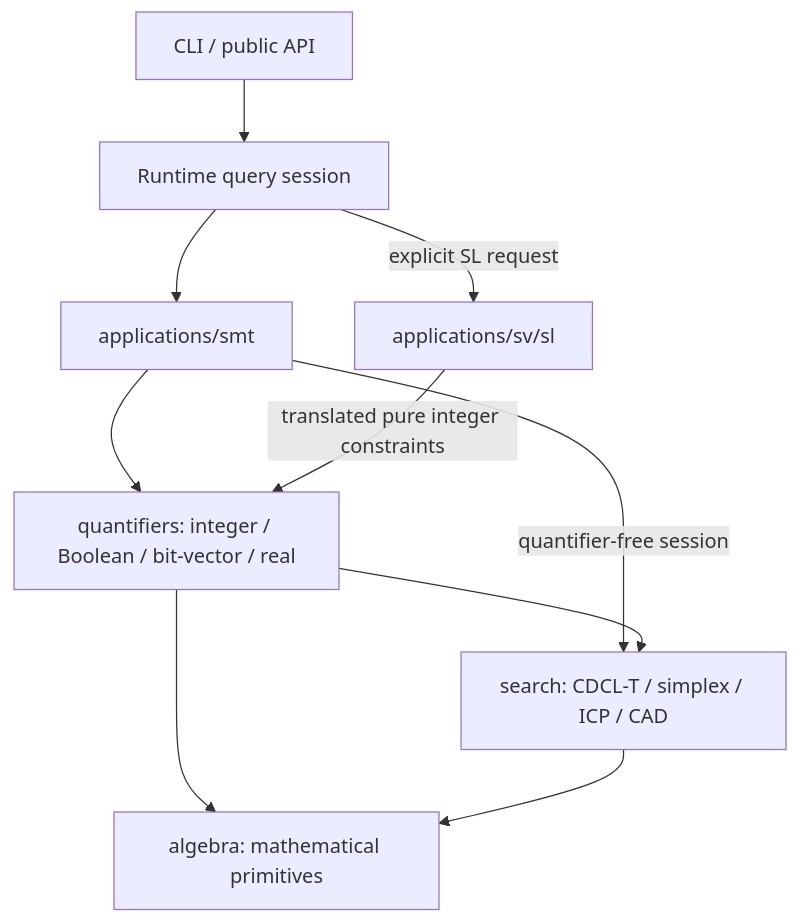
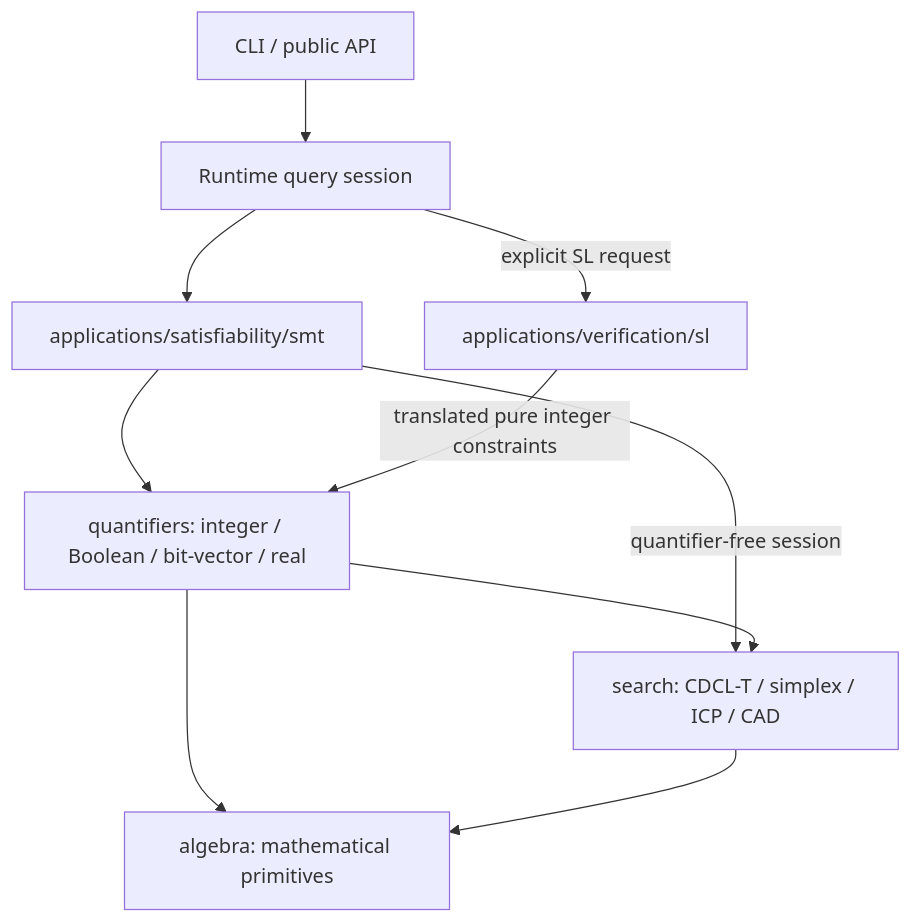
The diagram in README.md (fuqi-jia/Xolver), drawn with Mermaid before and after one commit. The commit also changed other lines of this file and 397 other files, not shown here.

````diff
--- a/README.md
+++ b/README.md
@@ -35,12 +35,12 @@
 ```mermaid
 flowchart TD
     Input[CLI / public API] --> Session[Runtime query session]
-    Session --> SMT[applications/smt]
-    Session -->|explicit SL request| SL[applications/sv/sl]
+    Session --> SMT[applications/satisfiability/smt]
+    Session -->|explicit SL request| SL[applications/verification/sl]
     SMT --> Quantifiers[quantifiers: integer / Boolean / bit-vector / real]
     SL -->|translated pure integer constraints| Quantifiers
     SMT -->|quantifier-free session| Search[search: CDCL-T / simplex / ICP / CAD]
     Quantifiers --> Search
     Quantifiers --> Algebra[algebra: mathematical primitives]
     Search --> Algebra
 ```
````
